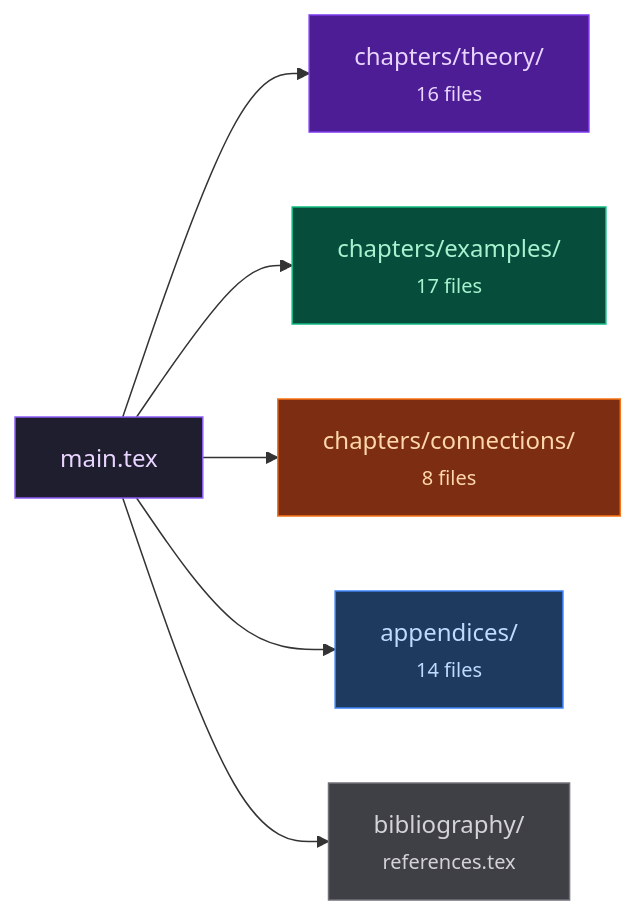
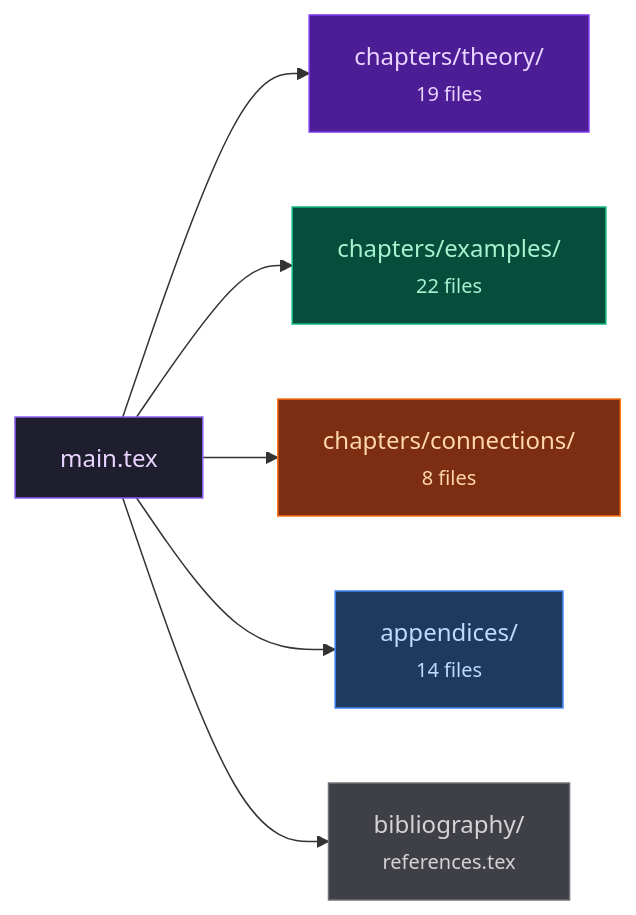
Before and after one commit to raeez/chiral-bar-cobar: the second of 2 diagrams in README.md, drawn with Mermaid. The commit also changed other lines of this file and 3 other files, not shown here.

````diff
--- a/README.md
+++ b/README.md
@@ -106,15 +106,15 @@
 ```mermaid
 graph LR
-    M["main.tex"] --> T["chapters/theory/<br/><small>16 files</small>"]
-    M --> X["chapters/examples/<br/><small>17 files</small>"]
+    M["main.tex"] --> T["chapters/theory/<br/><small>19 files</small>"]
+    M --> X["chapters/examples/<br/><small>22 files</small>"]
     M --> CN["chapters/connections/<br/><small>8 files</small>"]
     M --> AP["appendices/<br/><small>14 files</small>"]
     M --> BIB["bibliography/<br/><small>references.tex</small>"]
 
     style M fill:#1e1e2e,stroke:#8B5CF6,color:#E9D5FF
     style T fill:#4C1D95,stroke:#7C3AED,color:#E9D5FF
     style X fill:#064E3B,stroke:#10B981,color:#A7F3D0
     style CN fill:#7C2D12,stroke:#F97316,color:#FED7AA
     style AP fill:#1E3A5F,stroke:#3B82F6,color:#BFDBFE
     style BIB fill:#3F3F46,stroke:#71717A,color:#D4D4D8
 ```
````
